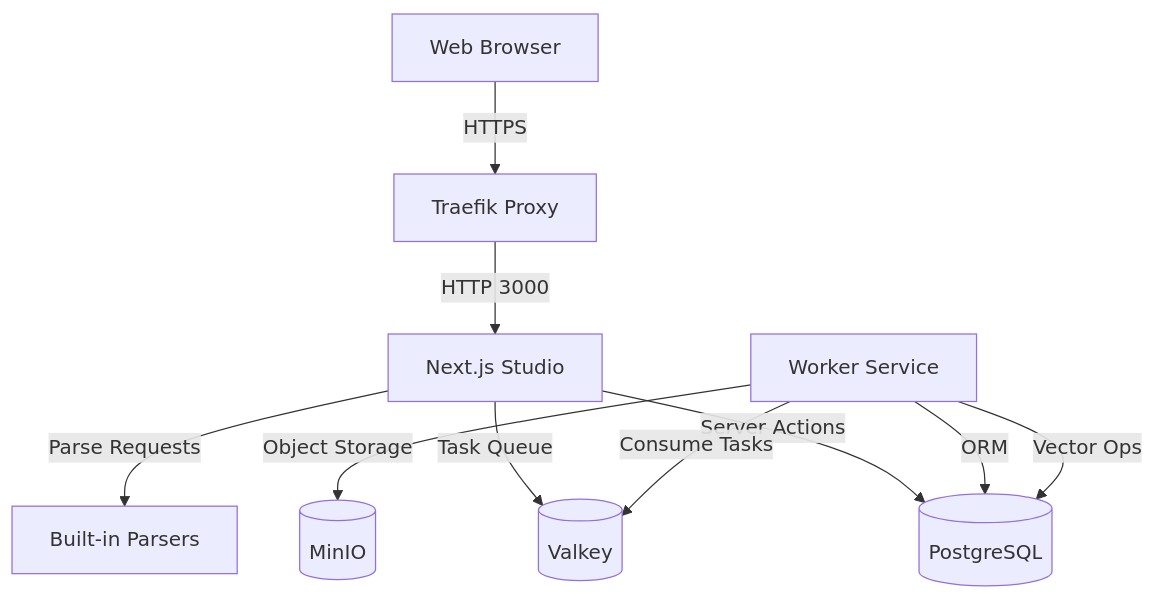
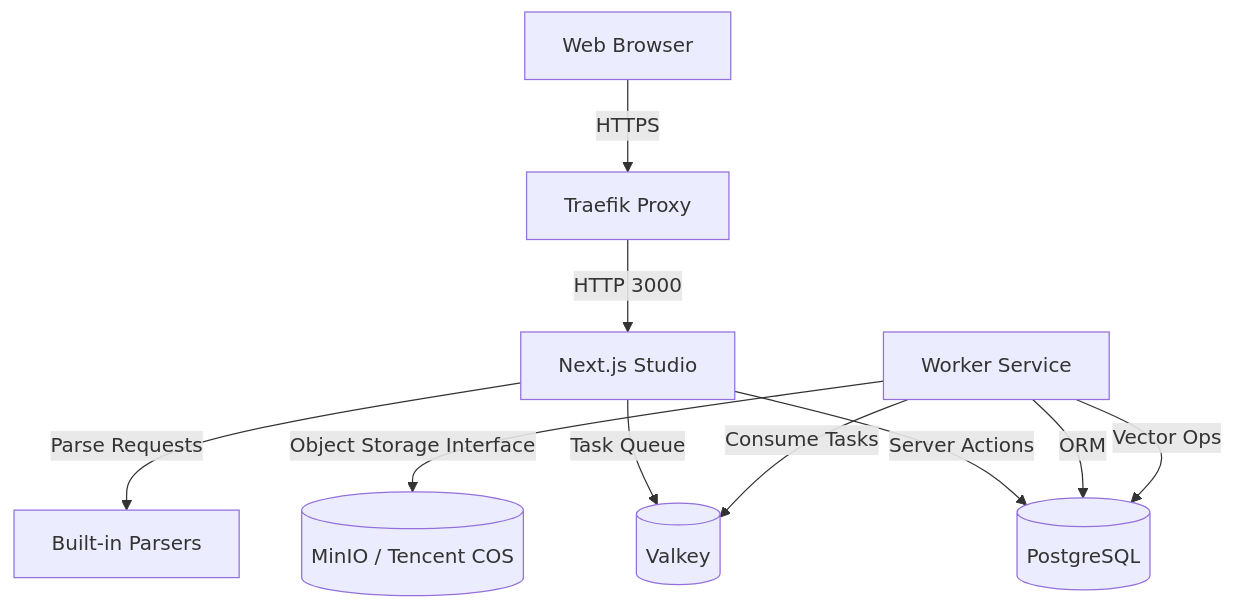
Before and after one commit to hint-lab/deeptrans-studio: the diagram in README.md, drawn with Mermaid. The commit also changed other lines of this file and 12 other files, not shown here.

````diff
--- a/README.md
+++ b/README.md
@@ -88,12 +88,12 @@
 ```mermaid
 graph TD
     Browser[Web Browser] -->|HTTPS| Traefik[Traefik Proxy]
     Traefik -->|HTTP 3000| Studio[Next.js Studio]
     Studio -->|Server Actions| Postgres[(PostgreSQL)]
     Studio -->|Task Queue| Valkey[(Valkey)]
     Studio -->|Parse Requests| Parser[Built-in Parsers]
     Worker[Worker Service] -->|Consume Tasks| Valkey
     Worker -->|ORM| Postgres
     Worker -->|Vector Ops| Postgres
-    Worker -->|Object Storage| MinIO[(MinIO)]
+    Worker -->|Object Storage Interface| Storage[(MinIO / Tencent COS)]
 ```
````
